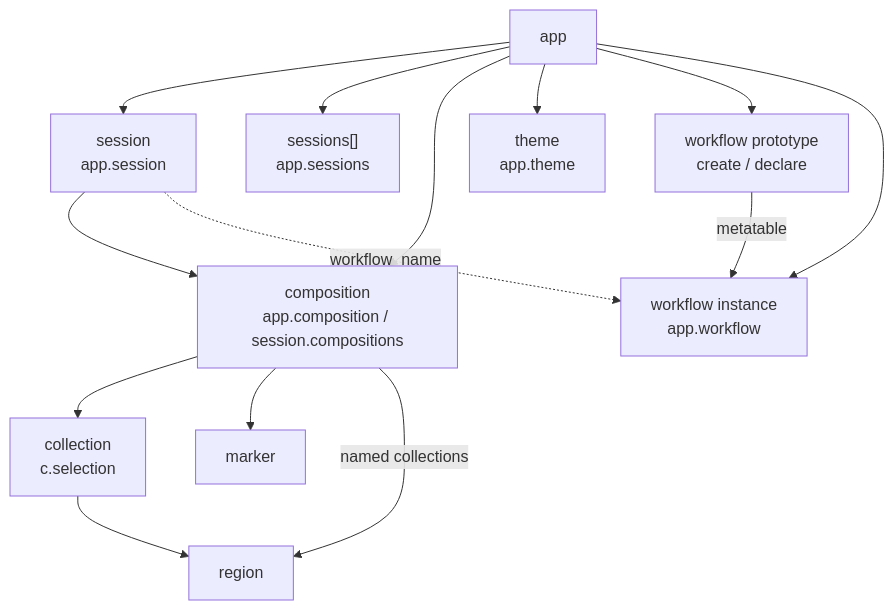
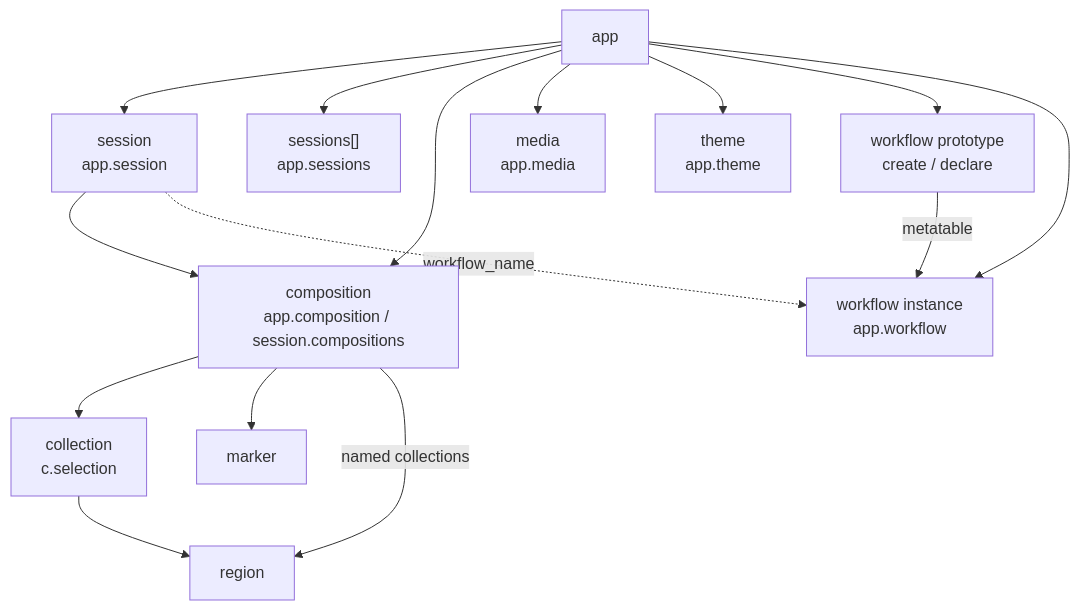
One commit to ngwese/FieldAssist changed the diagram in docs/SCRIPT.md. Above: the diagram before and after it, drawn with Mermaid. The commit also changed other lines of this file and 18 other files, not shown here.

````diff
--- a/docs/SCRIPT.md
+++ b/docs/SCRIPT.md
@@ -70,27 +71,29 @@
 ```mermaid
 flowchart TB
   app["app"]
   session["session<br/>app.session"]
   sessions["sessions[]<br/>app.sessions"]
   comps["composition<br/>app.composition / session.compositions"]
+  media["media<br/>app.media"]
   selection["collection<br/>c.selection"]
   regions["region"]
   markers["marker"]
   theme["theme<br/>app.theme"]
   proto["workflow prototype<br/>create / declare"]
   inst["workflow instance<br/>app.workflow"]
 
   app --> session
   app --> sessions
   app --> comps
+  app --> media
   app --> theme
   app --> proto
   app --> inst
   session --> comps
   comps --> selection
   comps --> markers
   selection --> regions
   comps -->|"named collections"| regions
   proto -->|"metatable"| inst
   session -.->|"workflow_name"| inst
 ```
````
